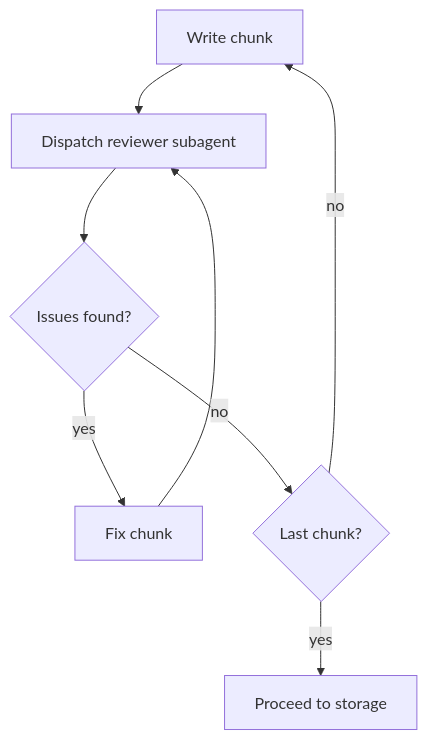
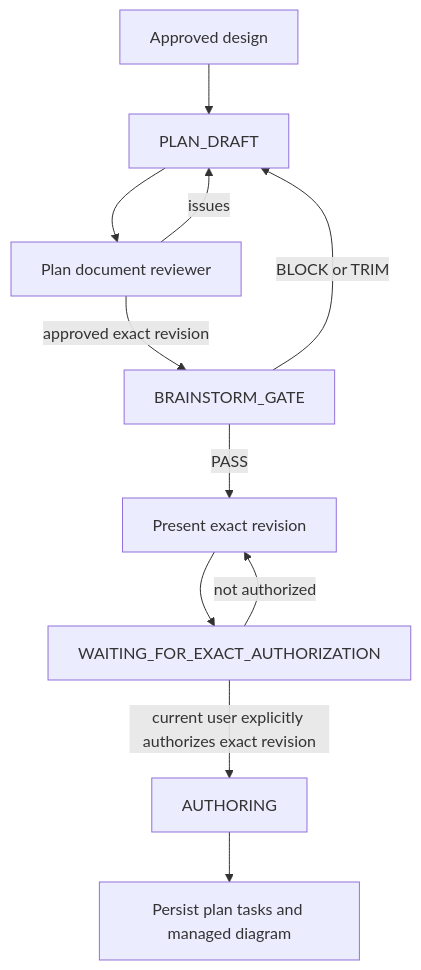
Before and after one commit to rryando/arcs: the diagram in opencode/arcs/skills/writing-plans/SKILL.md, drawn with Mermaid. The commit also changed other lines of this file and 70 other files, not shown here.

````diff
--- a/opencode/arcs/skills/writing-plans/SKILL.md
+++ b/opencode/arcs/skills/writing-plans/SKILL.md
@@ -149,10 +16,13 @@
 ```mermaid
 flowchart TD
-    A[Write chunk] --> B[Dispatch reviewer subagent]
-    B --> C{Issues found?}
-    C -->|yes| D[Fix chunk]
-    D --> B
-    C -->|no| E{Last chunk?}
-    E -->|no| A
-    E -->|yes| F[Proceed to storage]
+    A[Approved design] --> B[PLAN_DRAFT]
+    B --> C[Plan document reviewer]
+    C -->|issues| B
+    C -->|approved exact revision| D[BRAINSTORM_GATE]
+    D -->|BLOCK or TRIM| B
+    D -->|PASS| E[Present exact revision]
+    E --> F[WAITING_FOR_EXACT_AUTHORIZATION]
+    F -->|not authorized| E
+    F -->|current user explicitly authorizes exact revision| G[AUTHORING]
+    G --> H[Persist plan tasks and managed diagram]
 ```
````
